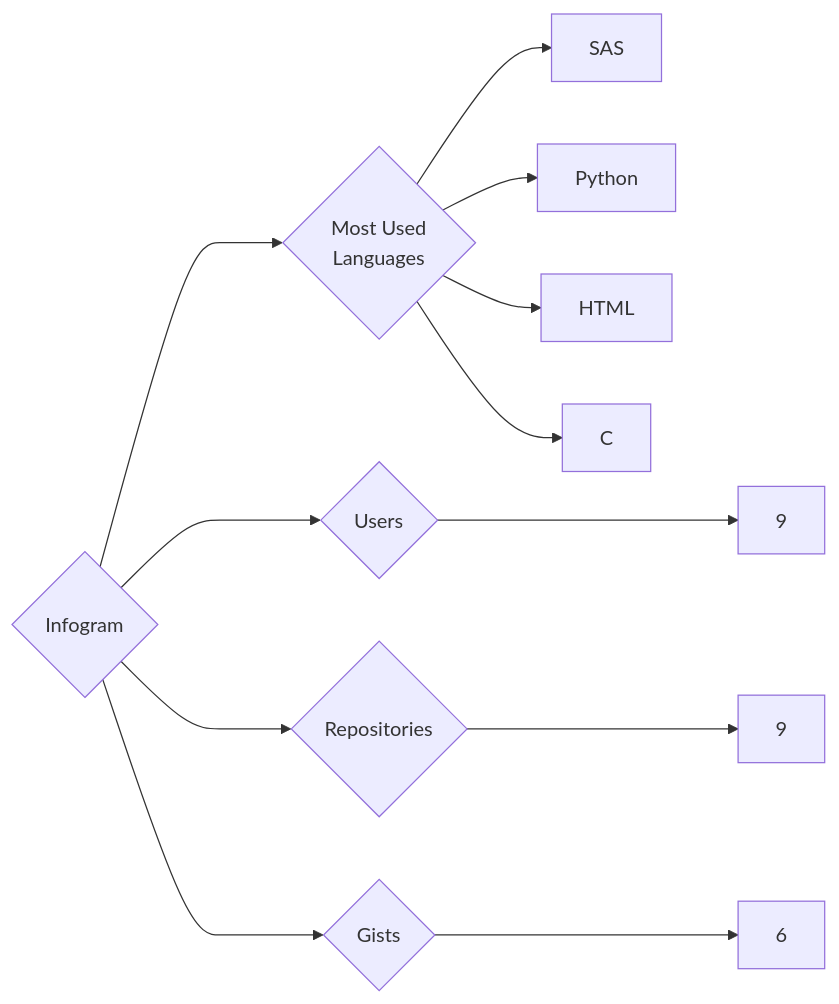
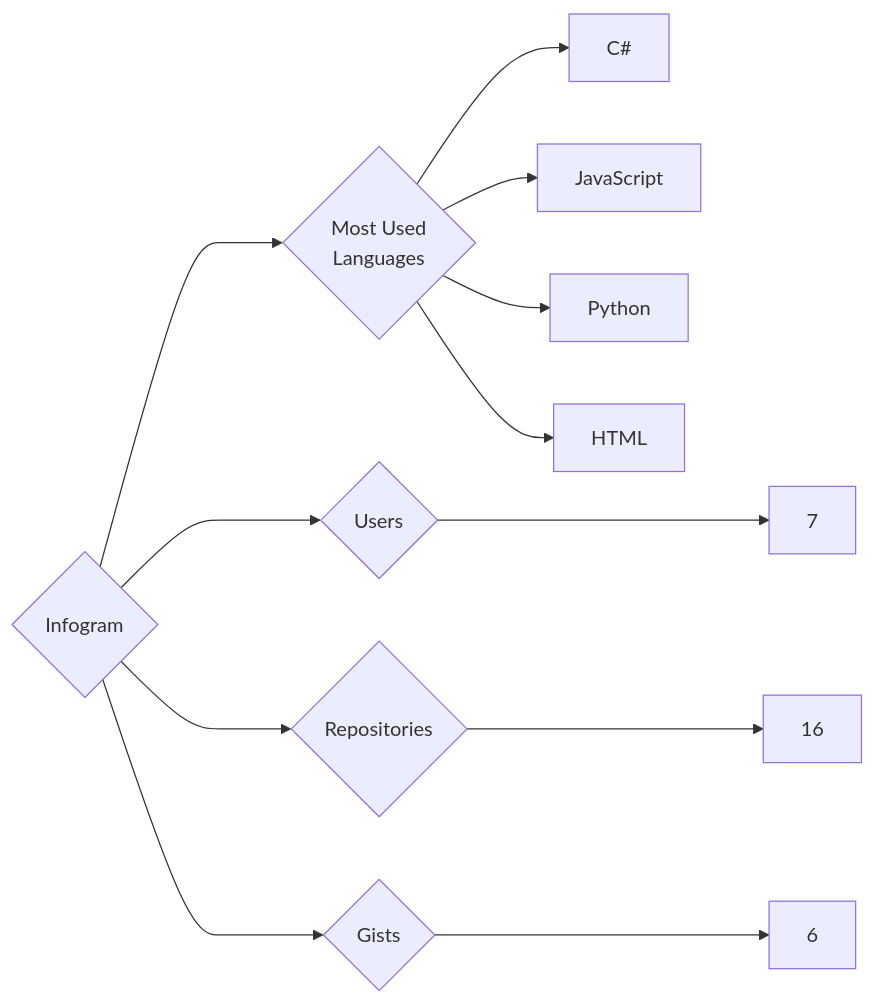
The diagram in targets/Infogram/README.md (trickest/insiders), drawn with Mermaid before and after one commit. The commit also changed 1055 other files, not shown here.

````diff
--- a/targets/Infogram/README.md
+++ b/targets/Infogram/README.md
@@ -3,12 +3,12 @@
 ```mermaid
 graph LR
 COMPANY_NAME{Infogram}
-COMPANY_NAME ---> U{Users} ---> UN[9]
-COMPANY_NAME ---> R{Repositories} ---> RN[9]
+COMPANY_NAME ---> U{Users} ---> UN[7]
+COMPANY_NAME ---> R{Repositories} ---> RN[16]
 COMPANY_NAME ---> G{Gists} ---> GN[6]
 COMPANY_NAME ---> ML{Most Used<br>Languages}
-ML --> SAS[SAS]
+ML --> C#[C#]
+ML --> JavaScript[JavaScript]
 ML --> Python[Python]
 ML --> HTML[HTML]
-ML --> C[C]
 ```
````
